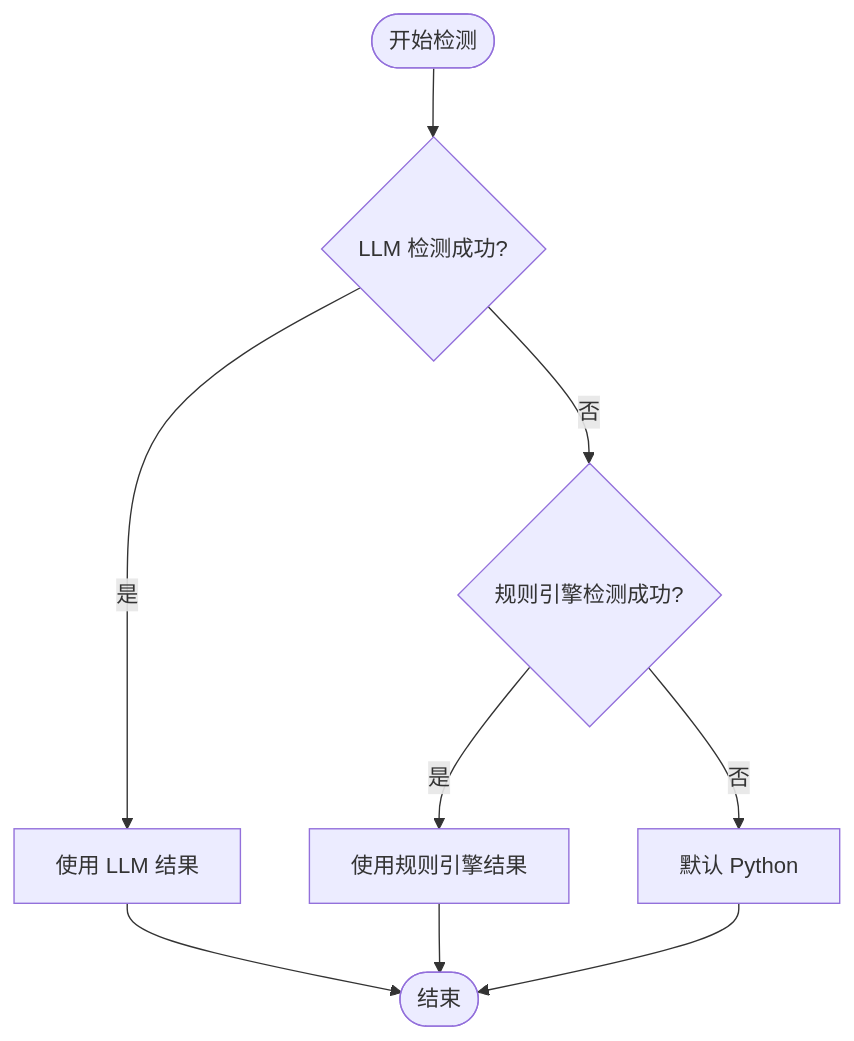
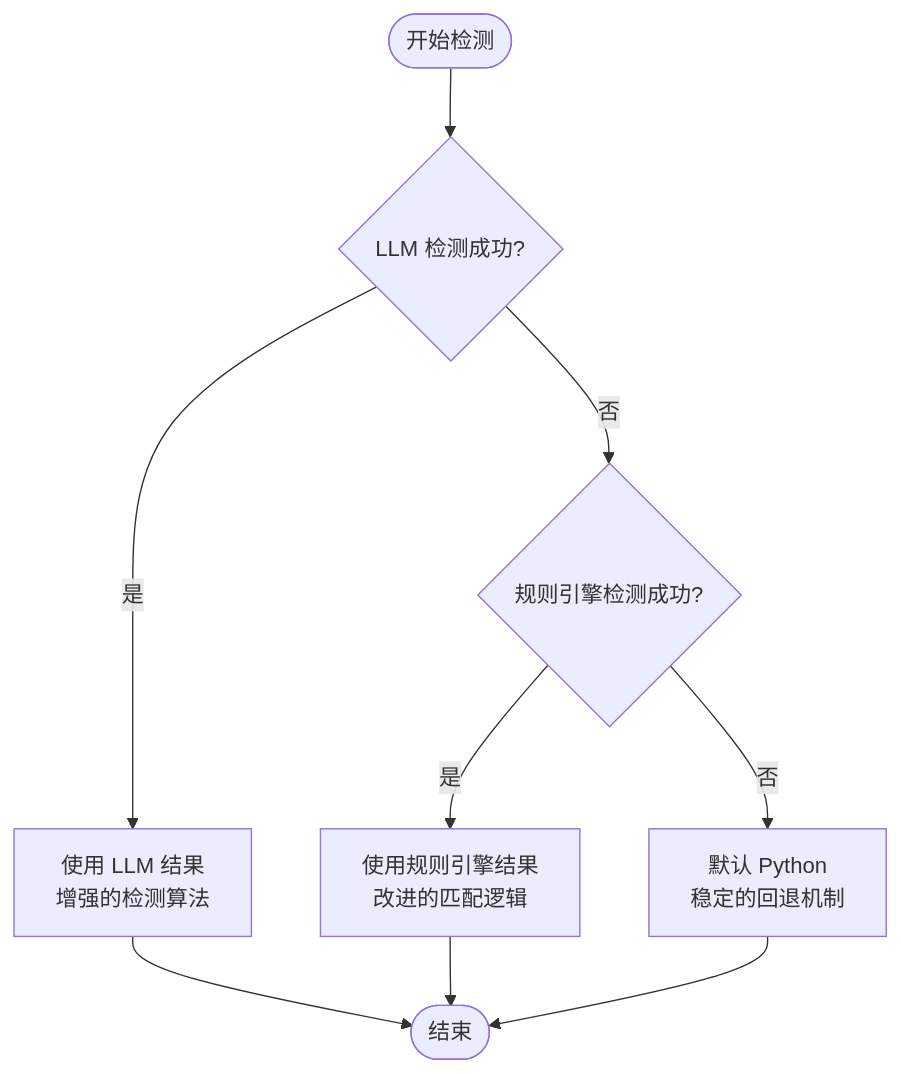
One commit to Jayint/Jayint-repo changed the third of 6 diagrams in .qoder/repowiki/zh/content/核心组件/图像选择器模块.md. Above: the diagram before and after it, drawn with Mermaid. The commit also changed other lines of this file and 497 other files, not shown here.

````diff
--- a/.qoder/repowiki/zh/content/核心组件/图像选择器模块.md
+++ b/.qoder/repowiki/zh/content/核心组件/图像选择器模块.md
@@ -137,11 +154,11 @@
 ```mermaid
 flowchart TD
 Start([开始检测]) --> LLMCheck{LLM 检测成功?}
-LLMCheck --> |是| UseLLM[使用 LLM 结果]
+LLMCheck --> |是| UseLLM[使用 LLM 结果<br/>增强的检测算法]
 LLMCheck --> |否| RuleCheck{规则引擎检测成功?}
-RuleCheck --> |是| UseRule[使用规则引擎结果]
-RuleCheck --> |否| Default[默认 Python]
+RuleCheck --> |是| UseRule[使用规则引擎结果<br/>改进的匹配逻辑]
+RuleCheck --> |否| Default[默认 Python<br/>稳定的回退机制]
 UseLLM --> End([结束])
 UseRule --> End
 Default --> End
 ```
````
